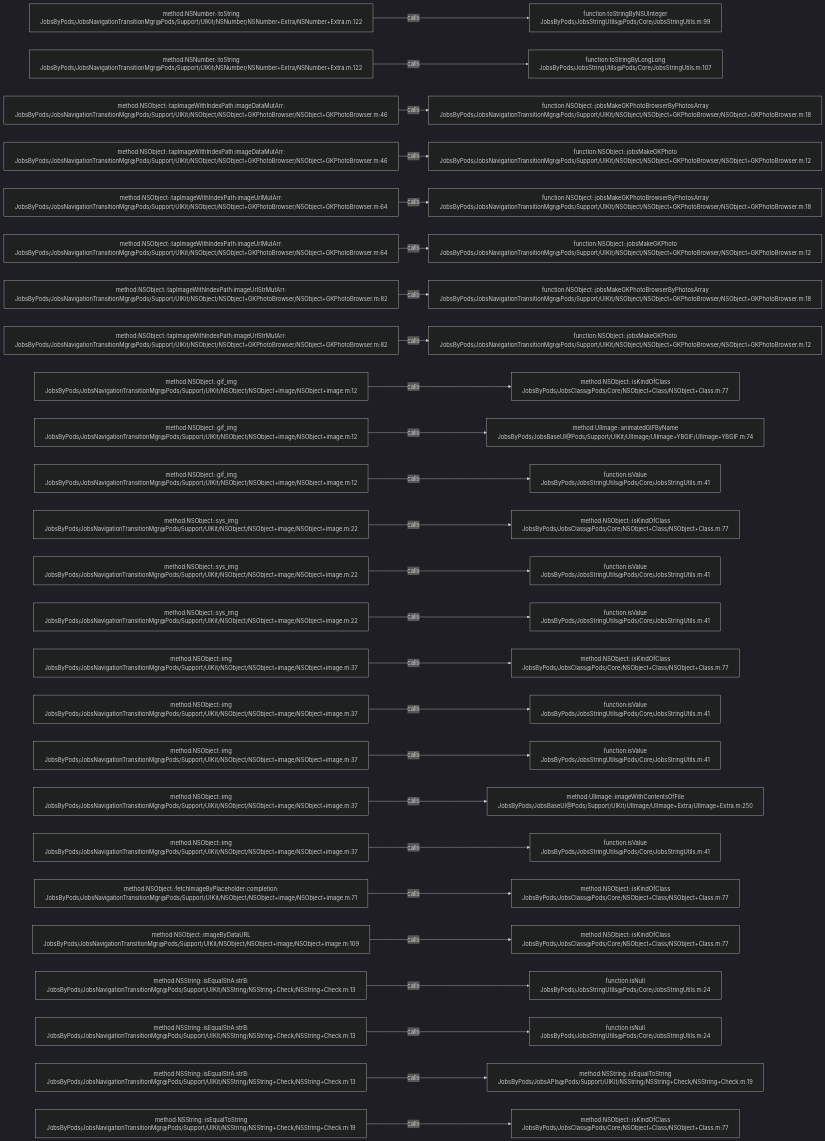
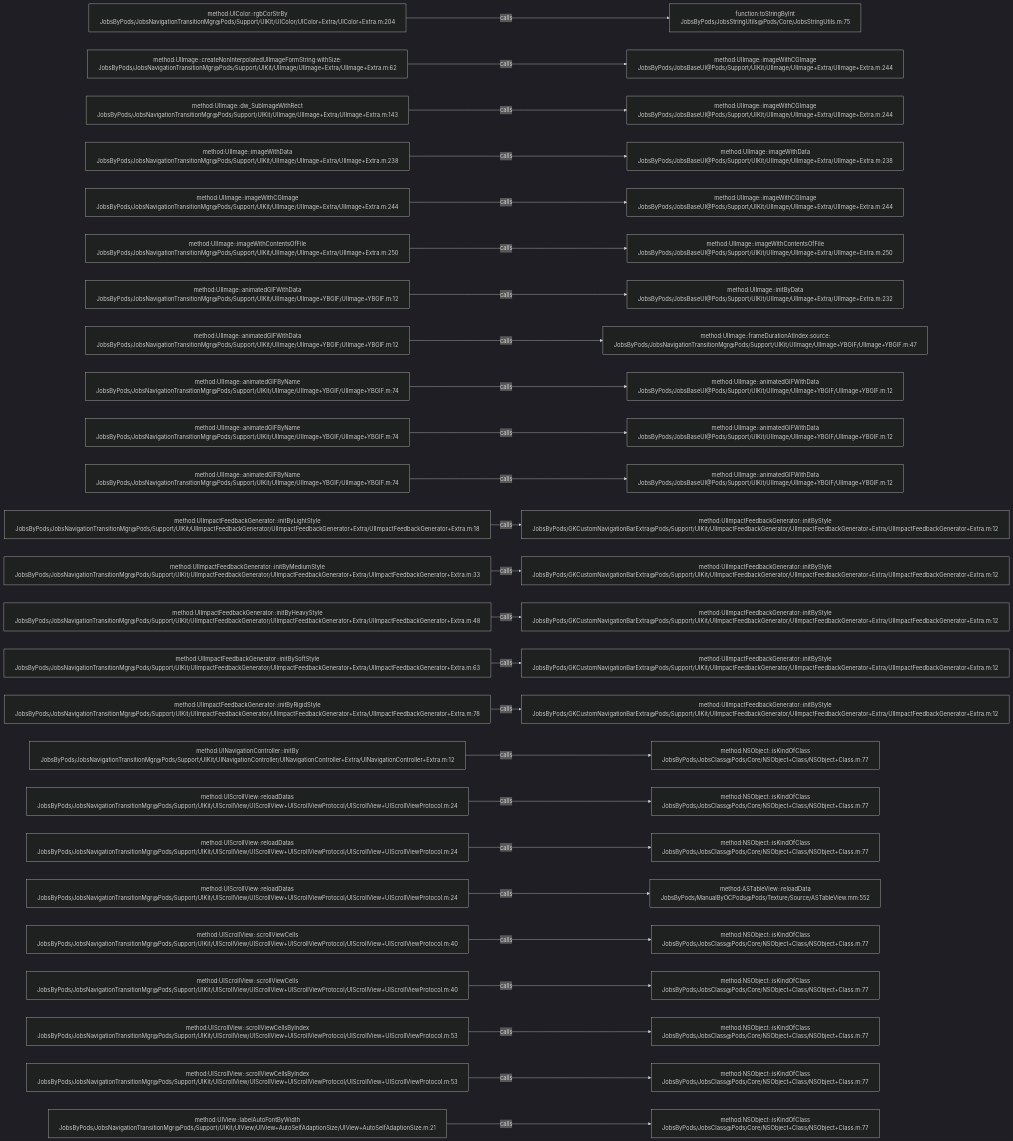
Before and after one commit to JobsKits/JobsOCBaseConfigDemo: the diagram in .codegraph/codegraph.md/graphs/calls-130.md, drawn with Mermaid (dark theme). The commit also changed 639 other files, not shown here.

````diff
--- a/.codegraph/codegraph.md/graphs/calls-130.md
+++ b/.codegraph/codegraph.md/graphs/calls-130.md
@@ -13,78 +13,78 @@
 ```mermaid
 flowchart LR
-  S1["method:NSNumber::toString<br/>JobsByPods/JobsNavigationTransitionMgr@Pods/Support/UIKit/NSNumber/NSNumber+Extra/NSNumber+Extra.m:122"]
-  T1["function:toStringByNSUInteger<br/>JobsByPods/JobsStringUtils@Pods/Core/JobsStringUtils.m:99"]
+  S1["method:UIColor::rgbCorStrBy<br/>JobsByPods/JobsNavigationTransitionMgr@Pods/Support/UIKit/UIColor/UIColor+Extra/UIColor+Extra.m:204"]
+  T1["function:toStringByInt<br/>JobsByPods/JobsStringUtils@Pods/Core/JobsStringUtils.m:75"]
   S1 -->|calls| T1
-  S2["method:NSNumber::toString<br/>JobsByPods/JobsNavigationTransitionMgr@Pods/Support/UIKit/NSNumber/NSNumber+Extra/NSNumber+Extra.m:122"]
-  T2["function:toStringByLongLong<br/>JobsByPods/JobsStringUtils@Pods/Core/JobsStringUtils.m:107"]
+  S2["method:UIImage::createNonInterpolatedUIImageFormString:withSize:<br/>JobsByPods/JobsNavigationTransitionMgr@Pods/Support/UIKit/UIImage/UIImage+Extra/UIImage+Extra.m:62"]
+  T2["method:UIImage::imageWithCGImage<br/>JobsByPods/JobsBaseUI@Pods/Support/UIKit/UIImage/UIImage+Extra/UIImage+Extra.m:244"]
   S2 -->|calls| T2
-  S3["method:NSObject::tapImageWithIndexPath:imageDataMutArr:<br/>JobsByPods/JobsNavigationTransitionMgr@Pods/Support/UIKit/NSObject/NSObject+GKPhotoBrowser/NSObject+GKPhotoBrowser.m:46"]
-  T3["function:NSObject::jobsMakeGKPhotoBrowserByPhotosArray<br/>JobsByPods/JobsNavigationTransitionMgr@Pods/Support/UIKit/NSObject/NSObject+GKPhotoBrowser/NSObject+GKPhotoBrowser.m:18"]
+  S3["method:UIImage::dw_SubImageWithRect<br/>JobsByPods/JobsNavigationTransitionMgr@Pods/Support/UIKit/UIImage/UIImage+Extra/UIImage+Extra.m:143"]
+  T3["method:UIImage::imageWithCGImage<br/>JobsByPods/JobsBaseUI@Pods/Support/UIKit/UIImage/UIImage+Extra/UIImage+Extra.m:244"]
   S3 -->|calls| T3
-  S4["method:NSObject::tapImageWithIndexPath:imageDataMutArr:<br/>JobsByPods/JobsNavigationTransitionMgr@Pods/Support/UIKit/NSObject/NSObject+GKPhotoBrowser/NSObject+GKPhotoBrowser.m:46"]
-  T4["function:NSObject::jobsMakeGKPhoto<br/>JobsByPods/JobsNavigationTransitionMgr@Pods/Support/UIKit/NSObject/NSObject+GKPhotoBrowser/NSObject+GKPhotoBrowser.m:12"]
+  S4["method:UIImage::imageWithData<br/>JobsByPods/JobsNavigationTransitionMgr@Pods/Support/UIKit/UIImage/UIImage+Extra/UIImage+Extra.m:238"]
+  T4["method:UIImage::imageWithData<br/>JobsByPods/JobsBaseUI@Pods/Support/UIKit/UIImage/UIImage+Extra/UIImage+Extra.m:238"]
   S4 -->|calls| T4
-  S5["method:NSObject::tapImageWithIndexPath:imageUrlMutArr:<br/>JobsByPods/JobsNavigationTransitionMgr@Pods/Support/UIKit/NSObject/NSObject+GKPhotoBrowser/NSObject+GKPhotoBrowser.m:64"]
-  T5["function:NSObject::jobsMakeGKPhotoBrowserByPhotosArray<br/>JobsByPods/JobsNavigationTransitionMgr@Pods/Support/UIKit/NSObject/NSObject+GKPhotoBrowser/NSObject+GKPhotoBrowser.m:18"]
+  S5["method:UIImage::imageWithCGImage<br/>JobsByPods/JobsNavigationTransitionMgr@Pods/Support/UIKit/UIImage/UIImage+Extra/UIImage+Extra.m:244"]
+  T5["method:UIImage::imageWithCGImage<br/>JobsByPods/JobsBaseUI@Pods/Support/UIKit/UIImage/UIImage+Extra/UIImage+Extra.m:244"]
   S5 -->|calls| T5
-  S6["method:NSObject::tapImageWithIndexPath:imageUrlMutArr:<br/>JobsByPods/JobsNavigationTransitionMgr@Pods/Support/UIKit/NSObject/NSObject+GKPhotoBrowser/NSObject+GKPhotoBrowser.m:64"]
-  T6["function:NSObject::jobsMakeGKPhoto<br/>JobsByPods/JobsNavigationTransitionMgr@Pods/Support/UIKit/NSObject/NSObject+GKPhotoBrowser/NSObject+GKPhotoBrowser.m:12"]
+  S6["method:UIImage::imageWithContentsOfFile<br/>JobsByPods/JobsNavigationTransitionMgr@Pods/Support/UIKit/UIImage/UIImage+Extra/UIImage+Extra.m:250"]
+  T6["method:UIImage::imageWithContentsOfFile<br/>JobsByPods/JobsBaseUI@Pods/Support/UIKit/UIImage/UIImage+Extra/UIImage+Extra.m:250"]
   S6 -->|calls| T6
-  S7["method:NSObject::tapImageWithIndexPath:imageUrlStrMutArr:<br/>JobsByPods/JobsNavigationTransitionMgr@Pods/Support/UIKit/NSObject/NSObject+GKPhotoBrowser/NSObject+GKPhotoBrowser.m:82"]
-  T7["function:NSObject::jobsMakeGKPhotoBrowserByPhotosArray<br/>JobsByPods/JobsNavigationTransitionMgr@Pods/Support/UIKit/NSObject/NSObject+GKPhotoBrowser/NSObject+GKPhotoBrowser.m:18"]
+  S7["method:UIImage::animatedGIFWithData<br/>JobsByPods/JobsNavigationTransitionMgr@Pods/Support/UIKit/UIImage/UIImage+YBGIF/UIImage+YBGIF.m:12"]
+  T7["method:UIImage::initByData<br/>JobsByPods/JobsBaseUI@Pods/Support/UIKit/UIImage/UIImage+Extra/UIImage+Extra.m:232"]
   S7 -->|calls| T7
-  S8["method:NSObject::tapImageWithIndexPath:imageUrlStrMutArr:<br/>JobsByPods/JobsNavigationTransitionMgr@Pods/Support/UIKit/NSObject/NSObject+GKPhotoBrowser/NSObject+GKPhotoBrowser.m:82"]
-  T8["function:NSObject::jobsMakeGKPhoto<br/>JobsByPods/JobsNavigationTransitionMgr@Pods/Support/UIKit/NSObject/NSObject+GKPhotoBrowser/NSObject+GKPhotoBrowser.m:12"]
+  S8["method:UIImage::animatedGIFWithData<br/>JobsByPods/JobsNavigationTransitionMgr@Pods/Support/UIKit/UIImage/UIImage+YBGIF/UIImage+YBGIF.m:12"]
+  T8["method:UIImage::frameDurationAtIndex:source:<br/>JobsByPods/JobsNavigationTransitionMgr@Pods/Support/UIKit/UIImage/UIImage+YBGIF/UIImage+YBGIF.m:47"]
   S8 -->|calls| T8
-  S9["method:NSObject::gif_img<br/>JobsByPods/JobsNavigationTransitionMgr@Pods/Support/UIKit/NSObject/NSObject+image/NSObject+image.m:12"]
-  T9["method:NSObject::isKindOfClass<br/>JobsByPods/JobsClass@Pods/Core/NSObject+Class/NSObject+Class.m:77"]
+  S9["method:UIImage::animatedGIFByName<br/>JobsByPods/JobsNavigationTransitionMgr@Pods/Support/UIKit/UIImage/UIImage+YBGIF/UIImage+YBGIF.m:74"]
+  T9["method:UIImage::animatedGIFWithData<br/>JobsByPods/JobsBaseUI@Pods/Support/UIKit/UIImage/UIImage+YBGIF/UIImage+YBGIF.m:12"]
   S9 -->|calls| T9
-  S10["method:NSObject::gif_img<br/>JobsByPods/JobsNavigationTransitionMgr@Pods/Support/UIKit/NSObject/NSObject+image/NSObject+image.m:12"]
-  T10["method:UIImage::animatedGIFByName<br/>JobsByPods/JobsBaseUI@Pods/Support/UIKit/UIImage/UIImage+YBGIF/UIImage+YBGIF.m:74"]
+  S10["method:UIImage::animatedGIFByName<br/>JobsByPods/JobsNavigationTransitionMgr@Pods/Support/UIKit/UIImage/UIImage+YBGIF/UIImage+YBGIF.m:74"]
+  T10["method:UIImage::animatedGIFWithData<br/>JobsByPods/JobsBaseUI@Pods/Support/UIKit/UIImage/UIImage+YBGIF/UIImage+YBGIF.m:12"]
   S10 -->|calls| T10
-  S11["method:NSObject::gif_img<br/>JobsByPods/JobsNavigationTransitionMgr@Pods/Support/UIKit/NSObject/NSObject+image/NSObject+image.m:12"]
-  T11["function:isValue<br/>JobsByPods/JobsStringUtils@Pods/Core/JobsStringUtils.m:41"]
+  S11["method:UIImage::animatedGIFByName<br/>JobsByPods/JobsNavigationTransitionMgr@Pods/Support/UIKit/UIImage/UIImage+YBGIF/UIImage+YBGIF.m:74"]
+  T11["method:UIImage::animatedGIFWithData<br/>JobsByPods/JobsBaseUI@Pods/Support/UIKit/UIImage/UIImage+YBGIF/UIImage+YBGIF.m:12"]
   S11 -->|calls| T11
-  S12["method:NSObject::sys_img<br/>JobsByPods/JobsNavigationTransitionMgr@Pods/Support/UIKit/NSObject/NSObject+image/NSObject+image.m:22"]
-  T12["method:NSObject::isKindOfClass<br/>JobsByPods/JobsClass@Pods/Core/NSObject+Class/NSObject+Class.m:77"]
+  S12["method:UIImpactFeedbackGenerator::initByLightStyle<br/>JobsByPods/JobsNavigationTransitionMgr@Pods/Support/UIKit/UIImpactFeedbackGenerator/UIImpactFeedbackGenerator+Extra/UIImpactFeedbackGenerator+Extra.m:18"]
+  T12["method:UIImpactFeedbackGenerator::initByStyle<br/>JobsByPods/GKCustomNavigationBarExtra@Pods/Support/UIKit/UIImpactFeedbackGenerator/UIImpactFeedbackGenerator+Extra/UIImpactFeedbackGenerator+Extra.m:12"]
   S12 -->|calls| T12
-  S13["method:NSObject::sys_img<br/>JobsByPods/JobsNavigationTransitionMgr@Pods/Support/UIKit/NSObject/NSObject+image/NSObject+image.m:22"]
-  T13["function:isValue<br/>JobsByPods/JobsStringUtils@Pods/Core/JobsStringUtils.m:41"]
+  S13["method:UIImpactFeedbackGenerator::initByMediumStyle<br/>JobsByPods/JobsNavigationTransitionMgr@Pods/Support/UIKit/UIImpactFeedbackGenerator/UIImpactFeedbackGenerator+Extra/UIImpactFeedbackGenerator+Extra.m:33"]
+  T13["method:UIImpactFeedbackGenerator::initByStyle<br/>JobsByPods/GKCustomNavigationBarExtra@Pods/Support/UIKit/UIImpactFeedbackGenerator/UIImpactFeedbackGenerator+Extra/UIImpactFeedbackGenerator+Extra.m:12"]
   S13 -->|calls| T13
-  S14["method:NSObject::sys_img<br/>JobsByPods/JobsNavigationTransitionMgr@Pods/Support/UIKit/NSObject/NSObject+image/NSObject+image.m:22"]
-  T14["function:isValue<br/>JobsByPods/JobsStringUtils@Pods/Core/JobsStringUtils.m:41"]
+  S14["method:UIImpactFeedbackGenerator::initByHeavyStyle<br/>JobsByPods/JobsNavigationTransitionMgr@Pods/Support/UIKit/UIImpactFeedbackGenerator/UIImpactFeedbackGenerator+Extra/UIImpactFeedbackGenerator+Extra.m:48"]
+  T14["method:UIImpactFeedbackGenerator::initByStyle<br/>JobsByPods/GKCustomNavigationBarExtra@Pods/Support/UIKit/UIImpactFeedbackGenerator/UIImpactFeedbackGenerator+Extra/UIImpactFeedbackGenerator+Extra.m:12"]
   S14 -->|calls| T14
-  S15["method:NSObject::img<br/>JobsByPods/JobsNavigationTransitionMgr@Pods/Support/UIKit/NSObject/NSObject+image/NSObject+image.m:37"]
-  T15["method:NSObject::isKindOfClass<br/>JobsByPods/JobsClass@Pods/Core/NSObject+Class/NSObject+Class.m:77"]
+  S15["method:UIImpactFeedbackGenerator::initBySoftStyle<br/>JobsByPods/JobsNavigationTransitionMgr@Pods/Support/UIKit/UIImpactFeedbackGenerator/UIImpactFeedbackGenerator+Extra/UIImpactFeedbackGenerator+Extra.m:63"]
+  T15["method:UIImpactFeedbackGenerator::initByStyle<br/>JobsByPods/GKCustomNavigationBarExtra@Pods/Support/UIKit/UIImpactFeedbackGenerator/UIImpactFeedbackGenerator+Extra/UIImpactFeedbackGenerator+Extra.m:12"]
   S15 -->|calls| T15
-  S16["method:NSObject::img<br/>JobsByPods/JobsNavigationTransitionMgr@Pods/Support/UIKit/NSObject/NSObject+image/NSObject+image.m:37"]
-  T16["function:isValue<br/>JobsByPods/JobsStringUtils@Pods/Core/JobsStringUtils.m:41"]
+  S16["method:UIImpactFeedbackGenerator::initByRigidStyle<br/>JobsByPods/JobsNavigationTransitionMgr@Pods/Support/UIKit/UIImpactFeedbackGenerator/UIImpactFeedbackGenerator+Extra/UIImpactFeedbackGenerator+Extra.m:78"]
+  T16["method:UIImpactFeedbackGenerator::initByStyle<br/>JobsByPods/GKCustomNavigationBarExtra@Pods/Support/UIKit/UIImpactFeedbackGenerator/UIImpactFeedbackGenerator+Extra/UIImpactFeedbackGenerator+Extra.m:12"]
   S16 -->|calls| T16
-  S17["method:NSObject::img<br/>JobsByPods/JobsNavigationTransitionMgr@Pods/Support/UIKit/NSObject/NSObject+image/NSObject+image.m:37"]
-  T17["function:isValue<br/>JobsByPods/JobsStringUtils@Pods/Core/JobsStringUtils.m:41"]
+  S17["method:UINavigationController::initBy<br/>JobsByPods/JobsNavigationTransitionMgr@Pods/Support/UIKit/UINavigationController/UINavigationController+Extra/UINavigationController+Extra.m:12"]
+  T17["method:NSObject::isKindOfClass<br/>JobsByPods/JobsClass@Pods/Core/NSObject+Class/NSObject+Class.m:77"]
   S17 -->|calls| T17
-  S18["method:NSObject::img<br/>JobsByPods/JobsNavigationTransitionMgr@Pods/Support/UIKit/NSObject/NSObject+image/NSObject+image.m:37"]
-  T18["method:UIImage::imageWithContentsOfFile<br/>JobsByPods/JobsBaseUI@Pods/Support/UIKit/UIImage/UIImage+Extra/UIImage+Extra.m:250"]
+  S18["method:UIScrollView::reloadDatas<br/>JobsByPods/JobsNavigationTransitionMgr@Pods/Support/UIKit/UIScrollView/UIScrollView+UIScrollViewProtocol/UIScrollView+UIScrollViewProtocol.m:24"]
+  T18["method:NSObject::isKindOfClass<br/>JobsByPods/JobsClass@Pods/Core/NSObject+Class/NSObject+Class.m:77"]
   S18 -->|calls| T18
-  S19["method:NSObject::img<br/>JobsByPods/JobsNavigationTransitionMgr@Pods/Support/UIKit/NSObject/NSObject+image/NSObject+image.m:37"]
-  T19["function:isValue<br/>JobsByPods/JobsStringUtils@Pods/Core/JobsStringUtils.m:41"]
+  S19["method:UIScrollView::reloadDatas<br/>JobsByPods/JobsNavigationTransitionMgr@Pods/Support/UIKit/UIScrollView/UIScrollView+UIScrollViewProtocol/UIScrollView+UIScrollViewProtocol.m:24"]
+  T19["method:NSObject::isKindOfClass<br/>JobsByPods/JobsClass@Pods/Core/NSObject+Class/NSObject+Class.m:77"]
   S19 -->|calls| T19
-  S20["method:NSObject::fetchImageByPlaceholder:completion:<br/>JobsByPods/JobsNavigationTransitionMgr@Pods/Support/UIKit/NSObject/NSObject+image/NSObject+image.m:71"]
-  T20["method:NSObject::isKindOfClass<br/>JobsByPods/JobsClass@Pods/Core/NSObject+Class/NSObject+Class.m:77"]
+  S20["method:UIScrollView::reloadDatas<br/>JobsByPods/JobsNavigationTransitionMgr@Pods/Support/UIKit/UIScrollView/UIScrollView+UIScrollViewProtocol/UIScrollView+UIScrollViewProtocol.m:24"]
+  T20["method:ASTableView::reloadData<br/>JobsByPods/ManualByOCPods@Pods/Texture/Source/ASTableView.mm:552"]
   S20 -->|calls| T20
-  S21["method:NSObject::imageByDataURL<br/>JobsByPods/JobsNavigationTransitionMgr@Pods/Support/UIKit/NSObject/NSObject+image/NSObject+image.m:109"]
+  S21["method:UIScrollView::scrollViewCells<br/>JobsByPods/JobsNavigationTransitionMgr@Pods/Support/UIKit/UIScrollView/UIScrollView+UIScrollViewProtocol/UIScrollView+UIScrollViewProtocol.m:40"]
   T21["method:NSObject::isKindOfClass<br/>JobsByPods/JobsClass@Pods/Core/NSObject+Class/NSObject+Class.m:77"]
   S21 -->|calls| T21
-  S22["method:NSString::isEqualStrA:strB:<br/>JobsByPods/JobsNavigationTransitionMgr@Pods/Support/UIKit/NSString/NSString+Check/NSString+Check.m:13"]
-  T22["function:isNull<br/>JobsByPods/JobsStringUtils@Pods/Core/JobsStringUtils.m:24"]
+  S22["method:UIScrollView::scrollViewCells<br/>JobsByPods/JobsNavigationTransitionMgr@Pods/Support/UIKit/UIScrollView/UIScrollView+UIScrollViewProtocol/UIScrollView+UIScrollViewProtocol.m:40"]
+  T22["method:NSObject::isKindOfClass<br/>JobsByPods/JobsClass@Pods/Core/NSObject+Class/NSObject+Class.m:77"]
   S22 -->|calls| T22
-  S23["method:NSString::isEqualStrA:strB:<br/>JobsByPods/JobsNavigationTransitionMgr@Pods/Support/UIKit/NSString/NSString+Check/NSString+Check.m:13"]
-  T23["function:isNull<br/>JobsByPods/JobsStringUtils@Pods/Core/JobsStringUtils.m:24"]
+  S23["method:UIScrollView::scrollViewCellsByIndex<br/>JobsByPods/JobsNavigationTransitionMgr@Pods/Support/UIKit/UIScrollView/UIScrollView+UIScrollViewProtocol/UIScrollView+UIScrollViewProtocol.m:53"]
+  T23["method:NSObject::isKindOfClass<br/>JobsByPods/JobsClass@Pods/Core/NSObject+Class/NSObject+Class.m:77"]
   S23 -->|calls| T23
-  S24["method:NSString::isEqualStrA:strB:<br/>JobsByPods/JobsNavigationTransitionMgr@Pods/Support/UIKit/NSString/NSString+Check/NSString+Check.m:13"]
-  T24["method:NSString::isEqualToString<br/>JobsByPods/JobsAPIs@Pods/Support/UIKit/NSString/NSString+Check/NSString+Check.m:19"]
+  S24["method:UIScrollView::scrollViewCellsByIndex<br/>JobsByPods/JobsNavigationTransitionMgr@Pods/Support/UIKit/UIScrollView/UIScrollView+UIScrollViewProtocol/UIScrollView+UIScrollViewProtocol.m:53"]
+  T24["method:NSObject::isKindOfClass<br/>JobsByPods/JobsClass@Pods/Core/NSObject+Class/NSObject+Class.m:77"]
   S24 -->|calls| T24
-  S25["method:NSString::isEqualToString<br/>JobsByPods/JobsNavigationTransitionMgr@Pods/Support/UIKit/NSString/NSString+Check/NSString+Check.m:19"]
+  S25["method:UIView::labelAutoFontByWidth<br/>JobsByPods/JobsNavigationTransitionMgr@Pods/Support/UIKit/UIView/UIView+AutoSelfAdaptionSize/UIView+AutoSelfAdaptionSize.m:21"]
   T25["method:NSObject::isKindOfClass<br/>JobsByPods/JobsClass@Pods/Core/NSObject+Class/NSObject+Class.m:77"]
   S25 -->|calls| T25
 ```
````
